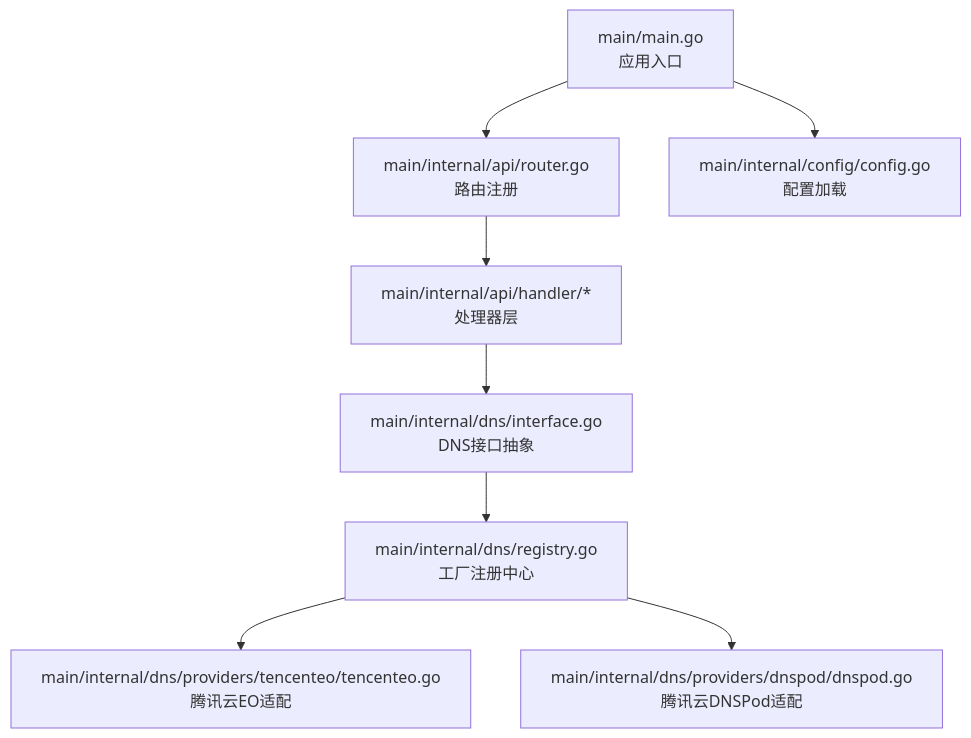
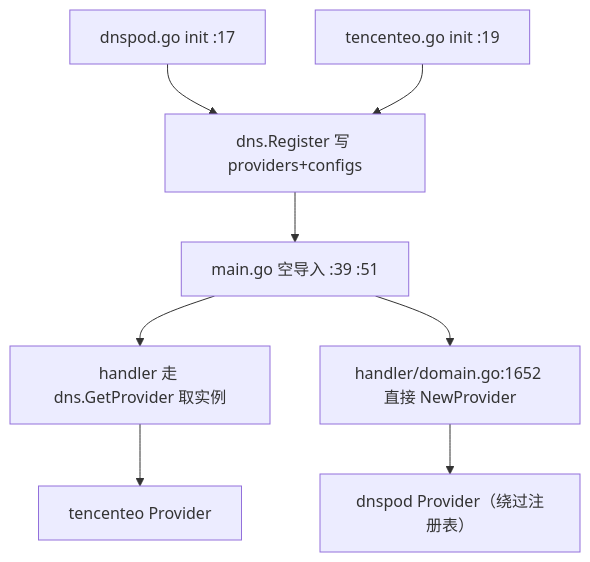
One commit to x01n/dnsplane changed the first of 7 diagrams in docs/DNS管理功能/支持的DNS服务商/腾讯云DNS.md. Above: the diagram before and after it, drawn with Mermaid. The commit also changed other lines of this file and 326 other files, not shown here.

````diff
--- a/docs/DNS管理功能/支持的DNS服务商/腾讯云DNS.md
+++ b/docs/DNS管理功能/支持的DNS服务商/腾讯云DNS.md
@@ -42,10 +78,10 @@
 ```mermaid
-graph TB
-A["main/main.go<br/>应用入口"] --> B["main/internal/api/router.go<br/>路由注册"]
-B --> C["main/internal/api/handler/*<br/>处理器层"]
-C --> D["main/internal/dns/interface.go<br/>DNS接口抽象"]
-D --> E["main/internal/dns/registry.go<br/>工厂注册中心"]
-E --> F["main/internal/dns/providers/tencenteo/tencenteo.go<br/>腾讯云EO适配"]
-E --> G["main/internal/dns/providers/dnspod/dnspod.go<br/>腾讯云DNSPod适配"]
-A --> H["main/internal/config/config.go<br/>配置加载"]
+flowchart TD
+    A["dnspod.go init :17"] --> R["dns.Register 写 providers+configs"]
+    B["tencenteo.go init :19"] --> R
+    R --> M["main.go 空导入 :39 :51"]
+    M --> H1["handler 走 dns.GetProvider 取实例"]
+    H1 --> P1["tencenteo Provider"]
+    M --> H2["handler/domain.go:1652 直接 NewProvider"]
+    H2 --> P2["dnspod Provider（绕过注册表）"]
 ```
````
